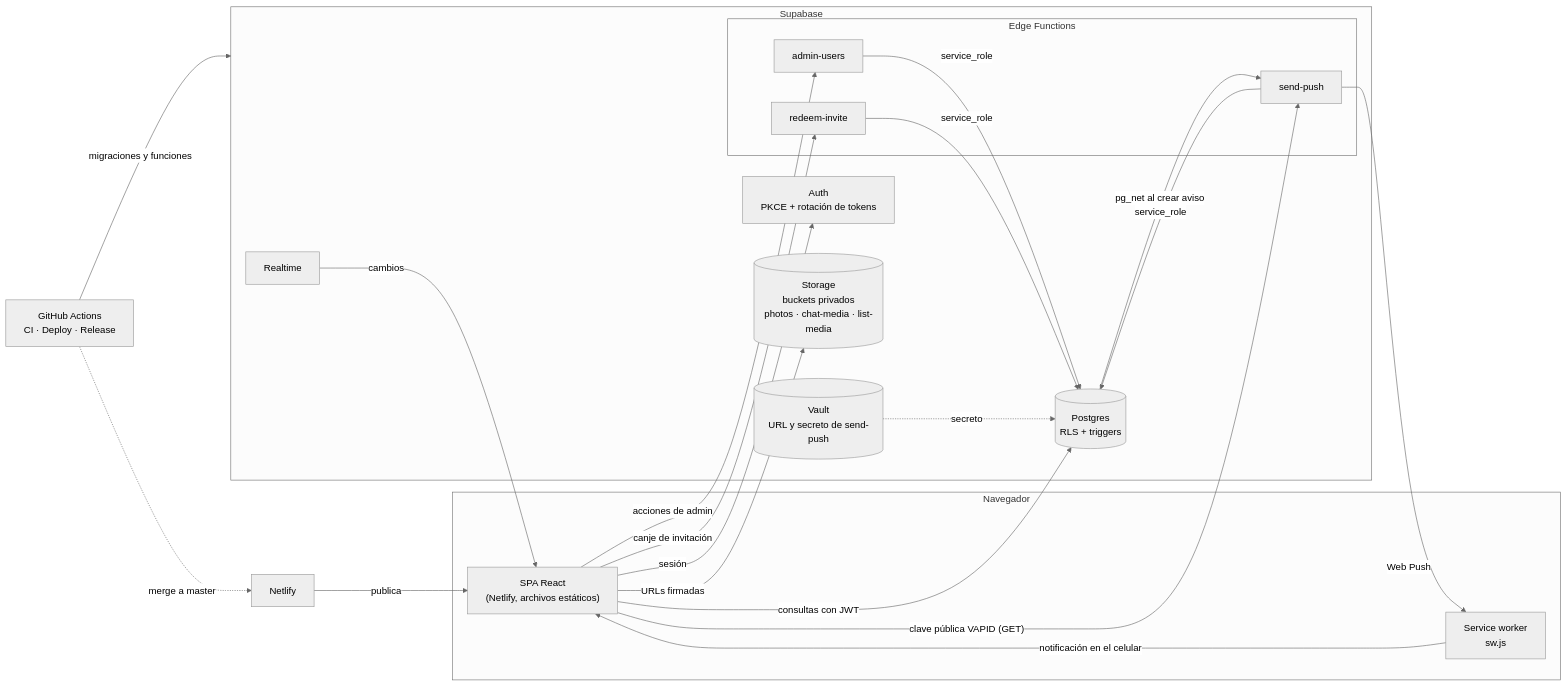
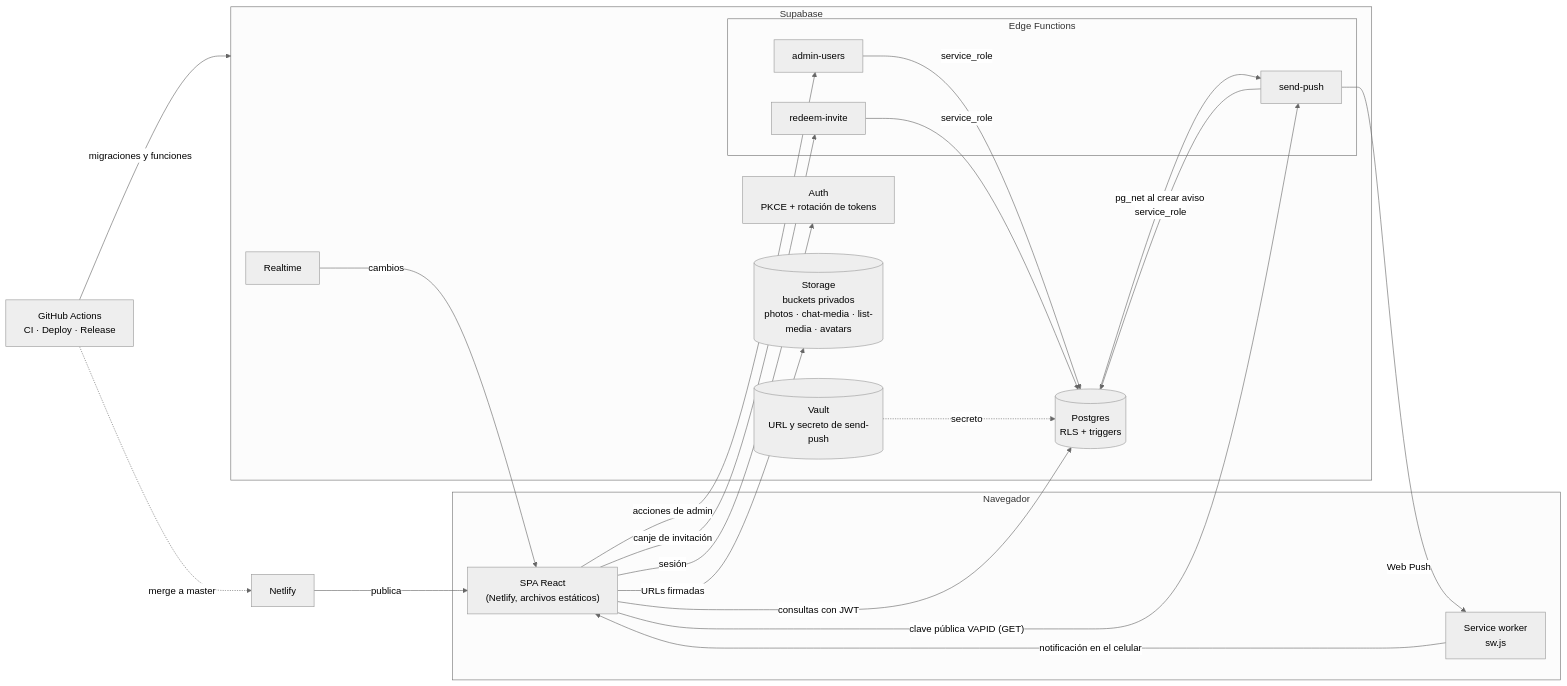
Before and after one commit to Juan-Carlos-Estevez-Vargas/Camila-Sanchez: the first of 22 diagrams in docs/DIAGRAMAS.md, drawn with Mermaid (neutral theme). The commit also changed other lines of this file and 30 other files, not shown here.

````diff
--- a/docs/DIAGRAMAS.md
+++ b/docs/DIAGRAMAS.md
@@ -27,37 +27,37 @@
 ```mermaid
 flowchart LR
   subgraph Navegador
     SPA["SPA React<br/>(Netlify, archivos estáticos)"]
     SW["Service worker<br/>sw.js"]
   end
   subgraph Supabase
     AUTH["Auth<br/>PKCE + rotación de tokens"]
     DB[("Postgres<br/>RLS + triggers")]
-    ST[("Storage<br/>buckets privados<br/>photos · chat-media · list-media")]
+    ST[("Storage<br/>buckets privados<br/>photos · chat-media · list-media · avatars")]
     RT["Realtime"]
     VA[("Vault<br/>URL y secreto de send-push")]
     subgraph Edge["Edge Functions"]
       AU["admin-users"]
       RI["redeem-invite"]
       SP["send-push"]
     end
   end
   GH["GitHub Actions<br/>CI · Deploy · Release"]
   NL["Netlify"]
 
   SPA -- "sesión" --> AUTH
   SPA -- "consultas con JWT" --> DB
   SPA -- "URLs firmadas" --> ST
   RT -- "cambios" --> SPA
   SPA -- "acciones de admin" --> AU
   SPA -- "canje de invitación" --> RI
   DB -- "pg_net al crear aviso" --> SP
   VA -. "secreto" .-> DB
   SPA -- "clave pública VAPID (GET)" --> SP
   SP -- "Web Push" --> SW
   SW -- "notificación en el celular" --> SPA
   AU & RI & SP -- "service_role" --> DB
   GH -- "migraciones y funciones" --> Supabase
   GH -. "merge a master" .-> NL
   NL -- "publica" --> SPA
 ```
````
